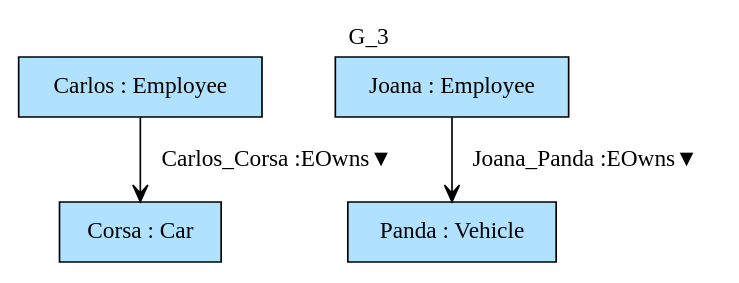
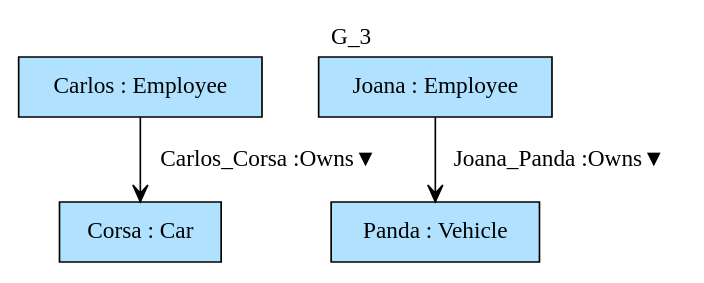
Before and after one commit to namalio/Fragmenta: the diagram in Haskell/FragmentaTests/SGTyTests2/img/G_3.gv, drawn with Graphviz. The commit also changed 70 other files, not shown here.

```diff
--- a/Haskell/FragmentaTests/SGTyTests2/img/G_3.gv
+++ b/Haskell/FragmentaTests/SGTyTests2/img/G_3.gv
@@ -1,9 +1,9 @@
 digraph {graph[label=G_3,labelloc=tl,labelfontsize=12];
 "Carlos"[shape=box,fillcolor=lightskyblue1,style = filled,label="Carlos : Employee"];
+"Corsa"[shape=box,fillcolor=lightskyblue1,style = filled,label="Corsa : Car"];
 "Joana"[shape=box,fillcolor=lightskyblue1,style = filled,label="Joana : Employee"];
-"Corsa"[shape=box,fillcolor=lightskyblue1,style = filled,label="Corsa : Car"];
 "Panda"[shape=box,fillcolor=lightskyblue1,style = filled,label="Panda : Vehicle"];
 
-"Carlos"->"Corsa"[label="Carlos_Corsa :EOwns▼",arrowhead=vee];
-"Joana"->"Panda"[label="Joana_Panda :EOwns▼",arrowhead=vee];
+"Carlos"->"Corsa"[label="Carlos_Corsa :Owns▼",arrowhead=vee];
+"Joana"->"Panda"[label="Joana_Panda :Owns▼",arrowhead=vee];
 }
```
